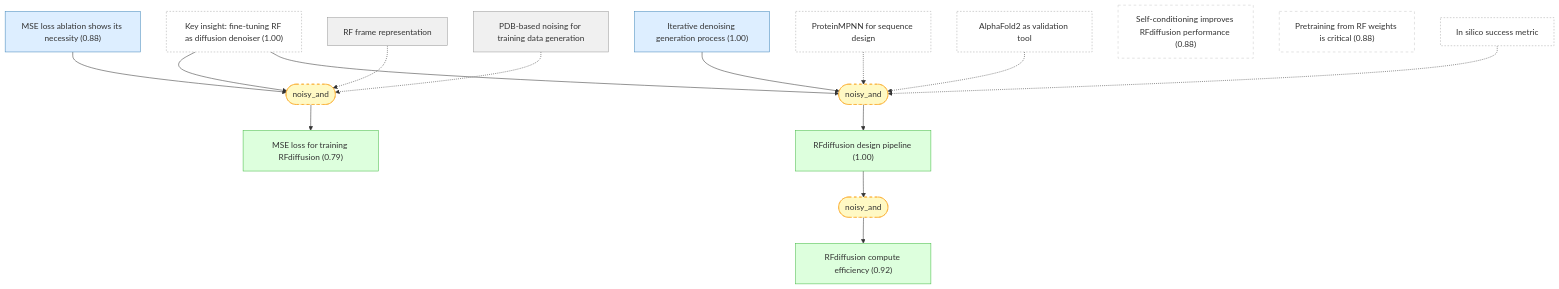
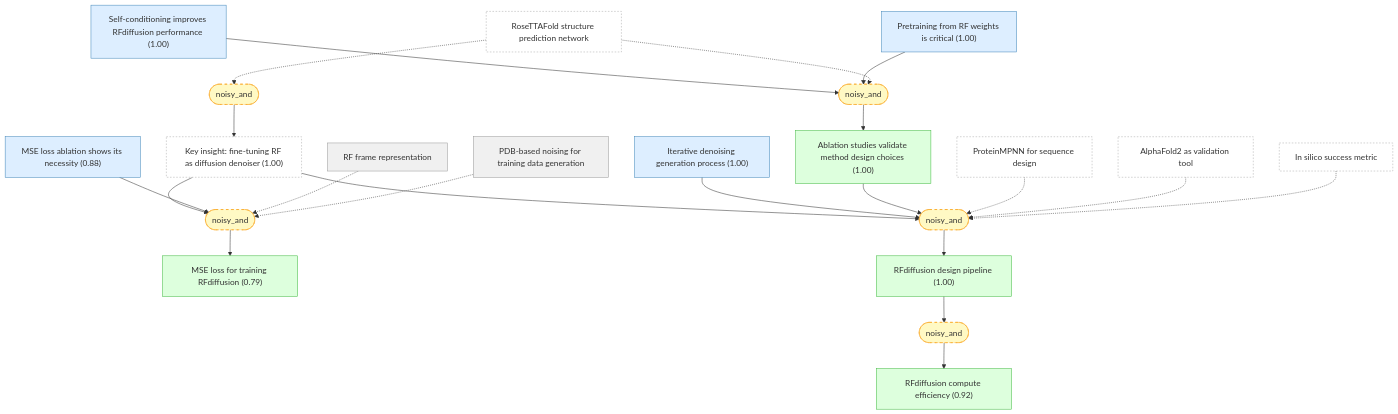
Before and after one commit to kunyuan/watson-rfdiffusion-2023-gaia: the second of 8 diagrams in README.md, drawn with Mermaid. The commit also changed other lines of this file and 5 other files, not shown here.

First line of the commit message:
Reconnect self_conditioning and pretraining ablation claims into reasoning graph

````diff
--- a/README.md
+++ b/README.md
@@ -147,42 +147,53 @@
 ```mermaid
 graph TD
+    rosettafold_definition["RoseTTAFold structure prediction network"]:::external
     alphafold2_definition["AlphaFold2 as validation tool"]:::external
     proteinmpnn_definition["ProteinMPNN for sequence design"]:::external
     in_silico_success_definition["In silico success metric"]:::external
     key_insight["Key insight: fine-tuning RF as diffusion denoiser (1.00)"]:::external
     pdb_training_data["PDB-based noising for training data generation"]:::setting
     frame_representation["RF frame representation"]:::setting
     mse_loss_design["MSE loss for training RFdiffusion (0.79)"]:::derived
     denoising_process["Iterative denoising generation process (1.00)"]:::premise
-    self_conditioning_improvement["Self-conditioning improves RFdiffusion performance (0.88)"]:::orphan
-    pretraining_benefit["Pretraining from RF weights is critical (0.88)"]:::orphan
+    self_conditioning_improvement["Self-conditioning improves RFdiffusion performance (1.00)"]:::premise
+    pretraining_benefit["Pretraining from RF weights is critical (1.00)"]:::premise
     mse_vs_fape_ablation["MSE loss ablation shows its necessity (0.88)"]:::premise
     pipeline_description["RFdiffusion design pipeline (1.00)"]:::derived
     compute_efficiency["RFdiffusion compute efficiency (0.92)"]:::derived
+    method_design_validated["Ablation studies validate method design choices (1.00)"]:::derived
+    strat_0(["noisy_and"]):::weak
+    rosettafold_definition -.-> strat_0
+    strat_0 --> key_insight
     strat_1(["noisy_and"]):::weak
     key_insight --> strat_1
     mse_vs_fape_ablation --> strat_1
     frame_representation -.-> strat_1
     pdb_training_data -.-> strat_1
     strat_1 --> mse_loss_design
     strat_2(["noisy_and"]):::weak
-    key_insight --> strat_2
-    denoising_process --> strat_2
-    proteinmpnn_definition -.-> strat_2
-    alphafold2_definition -.-> strat_2
-    in_silico_success_definition -.-> strat_2
-    strat_2 --> pipeline_description
-    strat_5(["noisy_and"]):::weak
-    pipeline_description --> strat_5
-    strat_5 --> compute_efficiency
+    self_conditioning_improvement --> strat_2
+    pretraining_benefit --> strat_2
+    rosettafold_definition -.-> strat_2
+    strat_2 --> method_design_validated
+    strat_3(["noisy_and"]):::weak
+    key_insight --> strat_3
+    denoising_process --> strat_3
+    method_design_validated --> strat_3
+    proteinmpnn_definition -.-> strat_3
+    alphafold2_definition -.-> strat_3
+    in_silico_success_definition -.-> strat_3
+    strat_3 --> pipeline_description
+    strat_6(["noisy_and"]):::weak
+    pipeline_description --> strat_6
+    strat_6 --> compute_efficiency
 
     classDef setting fill:#f0f0f0,stroke:#999,color:#333
     classDef premise fill:#ddeeff,stroke:#4488bb,color:#333
     classDef derived fill:#ddffdd,stroke:#44bb44,color:#333
     classDef question fill:#fff3dd,stroke:#cc9944,color:#333
     classDef background fill:#f5f5f5,stroke:#bbb,stroke-dasharray: 5 5,color:#333
     classDef orphan fill:#fff,stroke:#ccc,stroke-dasharray: 5 5,color:#333
     classDef external fill:#fff,stroke:#aaa,stroke-dasharray: 3 3,color:#333
     classDef weak fill:#fff9c4,stroke:#f9a825,stroke-dasharray: 5 5,color:#333
     classDef contra fill:#ffebee,stroke:#c62828,color:#333
 ```
````
